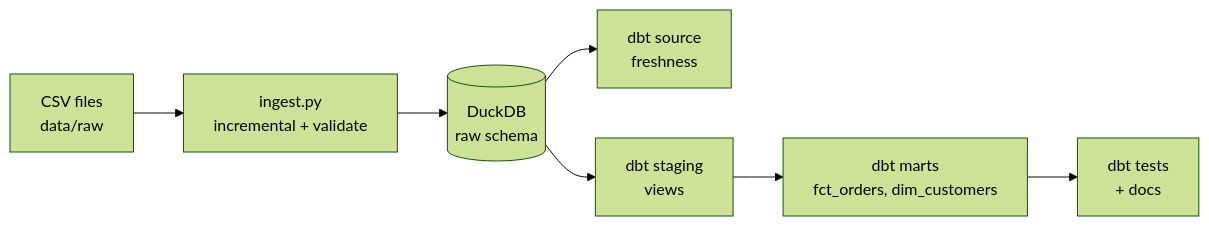
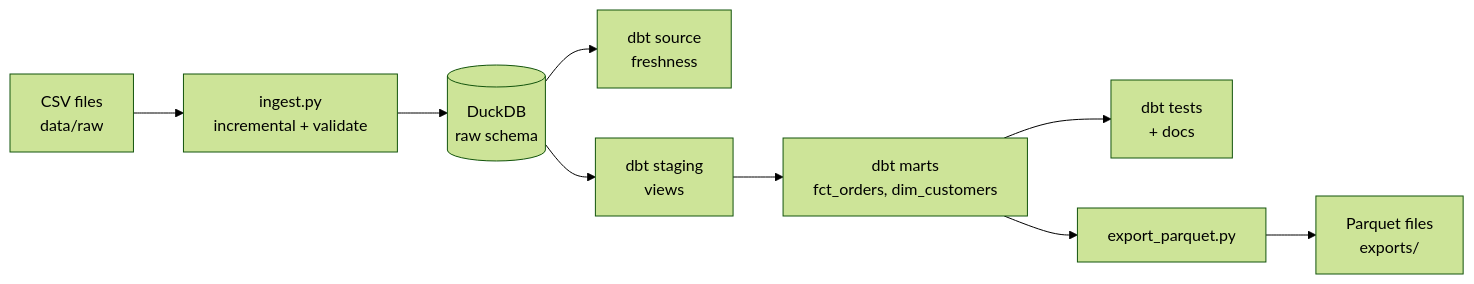
Before and after one commit to newbie-1010/jaffle-pipeline-dbt-duckdb: the first of 2 diagrams in README.md, drawn with Mermaid (forest theme). The commit also changed other lines of this file and 3 other files, not shown here.

Commit message:
dbt + DuckDB ELT pipeline with incremental ingestion, freshness checks, and Parquet export

````diff
--- a/README.md
+++ b/README.md
@@ -55,9 +55,11 @@
 ```mermaid
 flowchart LR
     A[CSV files<br/>data/raw] --> B[ingest.py<br/>incremental + validate]
     B --> C[(DuckDB<br/>raw schema)]
     C --> G[dbt source<br/>freshness]
     C --> D[dbt staging<br/>views]
     D --> E[dbt marts<br/>fct_orders, dim_customers]
     E --> F[dbt tests<br/>+ docs]
+    E --> H[export_parquet.py]
+    H --> I[Parquet files<br/>exports/]
 ```
````
